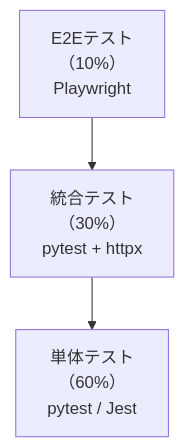
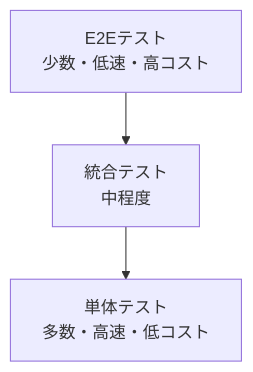
Before and after one commit to Kensan196948G/ServiceHub-Construction-Platform: the diagram in docs/07_テスト（Testing）/01_テスト戦略（Test Strategy）.md, drawn with Mermaid. The commit also changed other lines of this file and 37 other files, not shown here.

````diff
--- a/docs/07_テスト（Testing）/01_テスト戦略（Test Strategy）.md
+++ b/docs/07_テスト（Testing）/01_テスト戦略（Test Strategy）.md
@@ -7,8 +8,5 @@
 ```mermaid
-graph TD
-    E2E["E2Eテスト<br/>（10%）<br/>Playwright"]
-    INT["統合テスト<br/>（30%）<br/>pytest + httpx"]
-    UNIT["単体テスト<br/>（60%）<br/>pytest / Jest"]
-    
-    E2E --> INT --> UNIT
+graph TB
+    A[E2Eテスト<br/>少数・低速・高コスト] --> B[統合テスト<br/>中程度]
+    B --> C[単体テスト<br/>多数・高速・低コスト]
 ```
````
